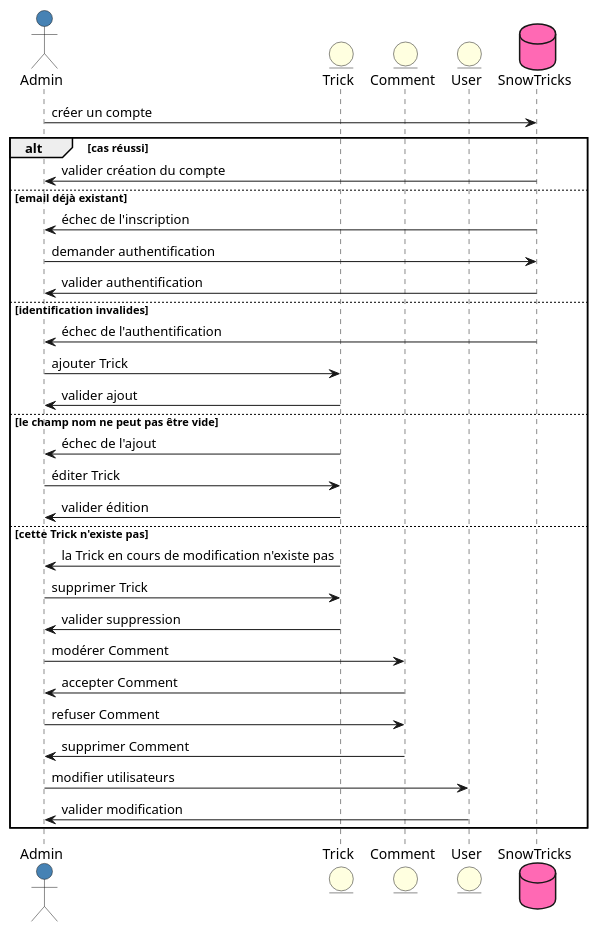
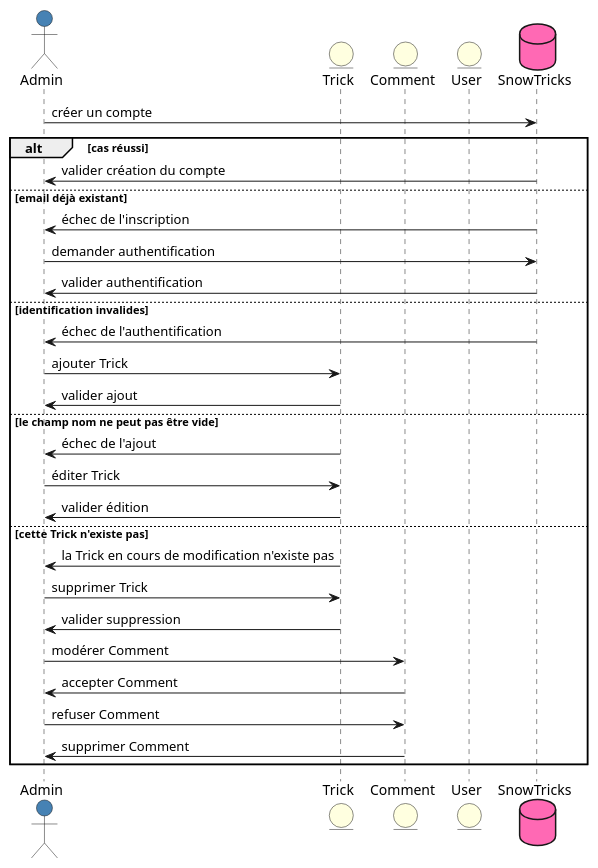
One commit to laurasullyalexandrine/SnowTricks changed the diagram in diagrammes-uml/Sequence/AdminSequence.puml. Above: the diagram before and after it, drawn with PlantUML. The commit also changed 2 other files, not shown here.

Commit message:
UML update

```diff
--- a/diagrammes-uml/Sequence/AdminSequence.puml
+++ b/diagrammes-uml/Sequence/AdminSequence.puml
@@ -1,47 +1,45 @@
 @startuml AdminSequence
 
 skinparam responseCommentBelowArrow true
 skinparam SequenceCommentAlignment center
 
 actor Admin as Admin #SteelBlue
 
 entity Trick as Trick #LightYellow
 entity Comment as Comment #LightYellow
 entity User as User #LightYellow
 
 database SnowTricks as SnowTricks #HotPink
 
 Admin -> SnowTricks: créer un compte
 alt cas réussi
 SnowTricks-> Admin: valider création du compte
 else email déjà existant 
 SnowTricks-> Admin: échec de l'inscription
 
 Admin -> SnowTricks: demander authentification 
 SnowTricks-> Admin: valider authentification 
 else identification invalides
 SnowTricks-> Admin: échec de l'authentification
 
 Admin -> Trick: ajouter Trick
 Trick -> Admin: valider ajout
 else le champ nom ne peut pas être vide
 Trick -> Admin: échec de l'ajout
 
 Admin -> Trick: éditer Trick
 Trick -> Admin: valider édition
 else cette Trick n'existe pas
 Trick -> Admin: la Trick en cours de modification n'existe pas
 
 Admin -> Trick: supprimer Trick
 Trick -> Admin: valider suppression
 
 Admin -> Comment: modérer Comment
 Comment -> Admin: accepter Comment
 Admin  -> Comment: refuser Comment
 Comment -> Admin: supprimer Comment
 
-Admin -> User: modifier utilisateurs
-User -> Admin: valider modification
 
 end
 @enduml
```
